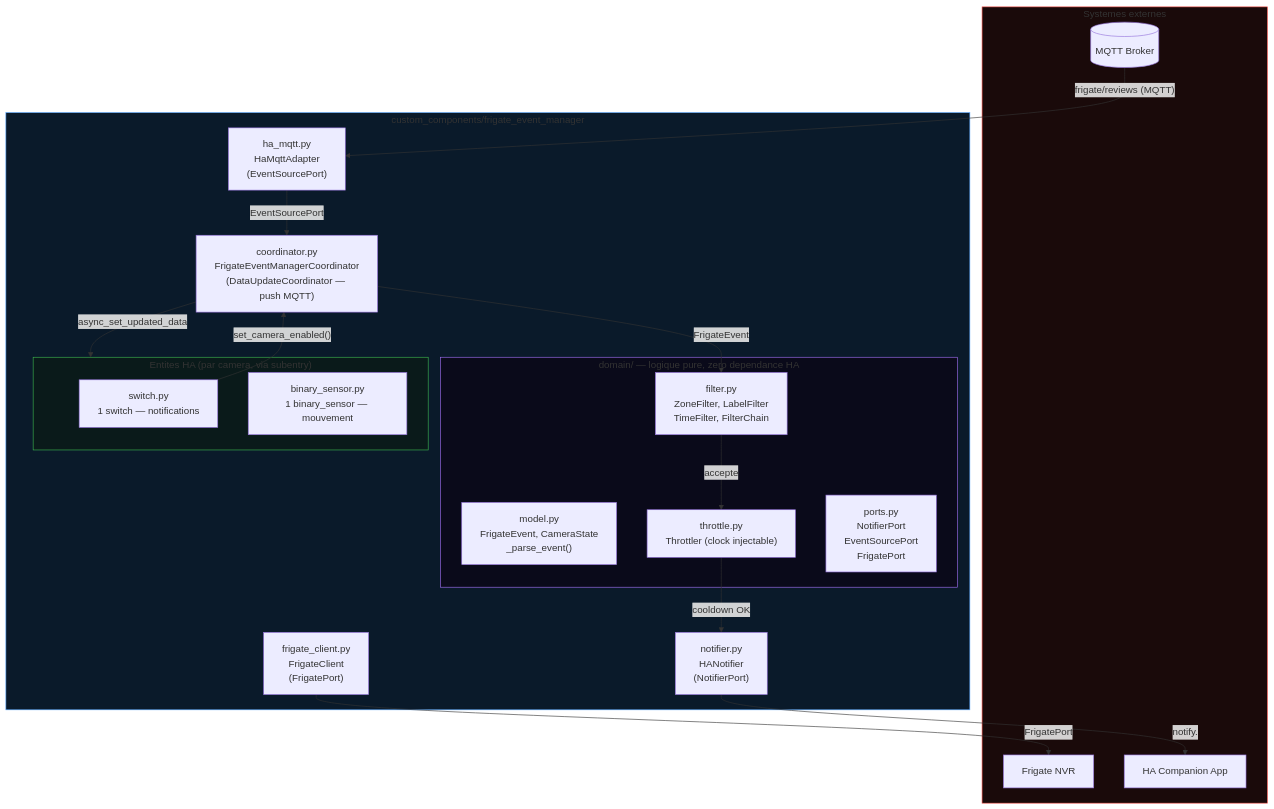
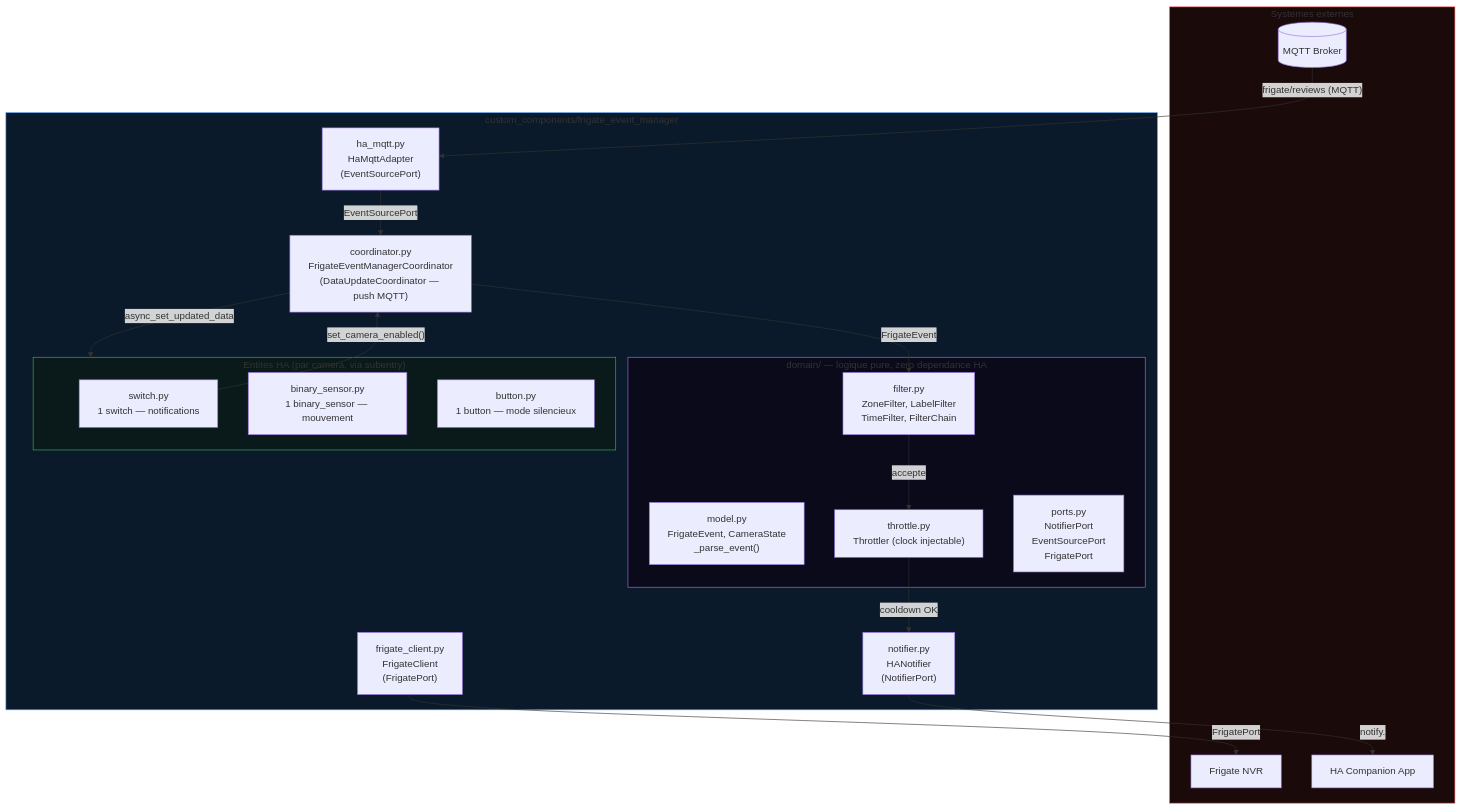
The first of 4 diagrams in docs/architecture.md (trowaflo/frigate-event-manager), drawn with Mermaid before and after one commit. The commit also changed other lines of this file and 2 other files, not shown here.

Commit message:
refactor: notify-and-record, silent expiry cleanup, migrate False, doc architecture

````diff
--- a/docs/architecture.md
+++ b/docs/architecture.md
@@ -8,42 +8,43 @@
 ```mermaid
 graph TB
     subgraph External["Systemes externes"]
         BROKER[("MQTT Broker")]
         FRIGATE["Frigate NVR"]
         HA_NOTIFY["HA Companion App"]
     end
 
     subgraph Integration["custom_components/frigate_event_manager"]
         subgraph Domain["domain/ — logique pure, zero dependance HA"]
             MODEL["model.py\nFrigateEvent, CameraState\n_parse_event()"]
             FILTER_D["filter.py\nZoneFilter, LabelFilter\nTimeFilter, FilterChain"]
             THROTTLE_D["throttle.py\nThrottler (clock injectable)"]
             PORTS["ports.py\nNotifierPort\nEventSourcePort\nFrigatePort"]
         end
 
         COORD["coordinator.py\nFrigateEventManagerCoordinator\n(DataUpdateCoordinator — push MQTT)"]
         HAMQTT["ha_mqtt.py\nHaMqttAdapter\n(EventSourcePort)"]
         NOTIFIER["notifier.py\nHANotifier\n(NotifierPort)"]
         CLIENT["frigate_client.py\nFrigateClient\n(FrigatePort)"]
 
         subgraph Entities["Entites HA (par camera, via subentry)"]
             SWITCH["switch.py\n1 switch — notifications"]
             BINSENSOR["binary_sensor.py\n1 binary_sensor — mouvement"]
+            BUTTON["button.py\n1 button — mode silencieux"]
         end
     end
 
     BROKER -->|"frigate/reviews (MQTT)"| HAMQTT
     HAMQTT -->|"EventSourcePort"| COORD
     COORD -->|FrigateEvent| FILTER_D
     FILTER_D -->|accepte| THROTTLE_D
     THROTTLE_D -->|cooldown OK| NOTIFIER
     NOTIFIER -->|"notify.<target>"| HA_NOTIFY
     COORD -->|async_set_updated_data| Entities
     SWITCH -->|"set_camera_enabled()"| COORD
     CLIENT -->|"FrigatePort"| FRIGATE
 
     style External fill:#1a0a0a,stroke:#f85149
     style Integration fill:#0a1a2a,stroke:#58a6ff
     style Domain fill:#0a0a1a,stroke:#a371f7
     style Entities fill:#0a1a1a,stroke:#3fb950
 ```
````
